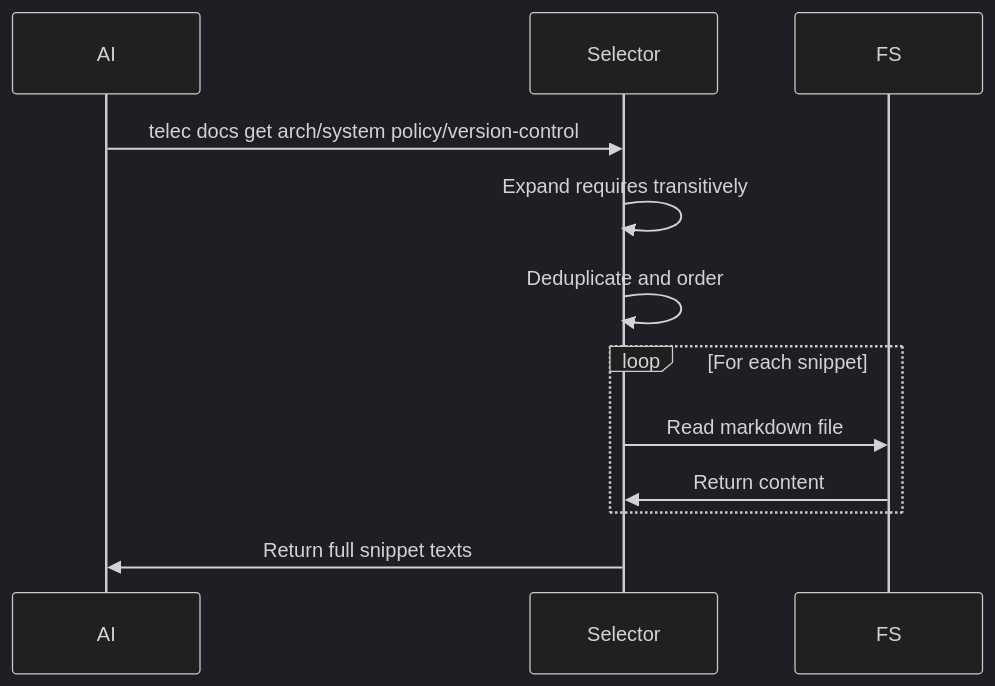
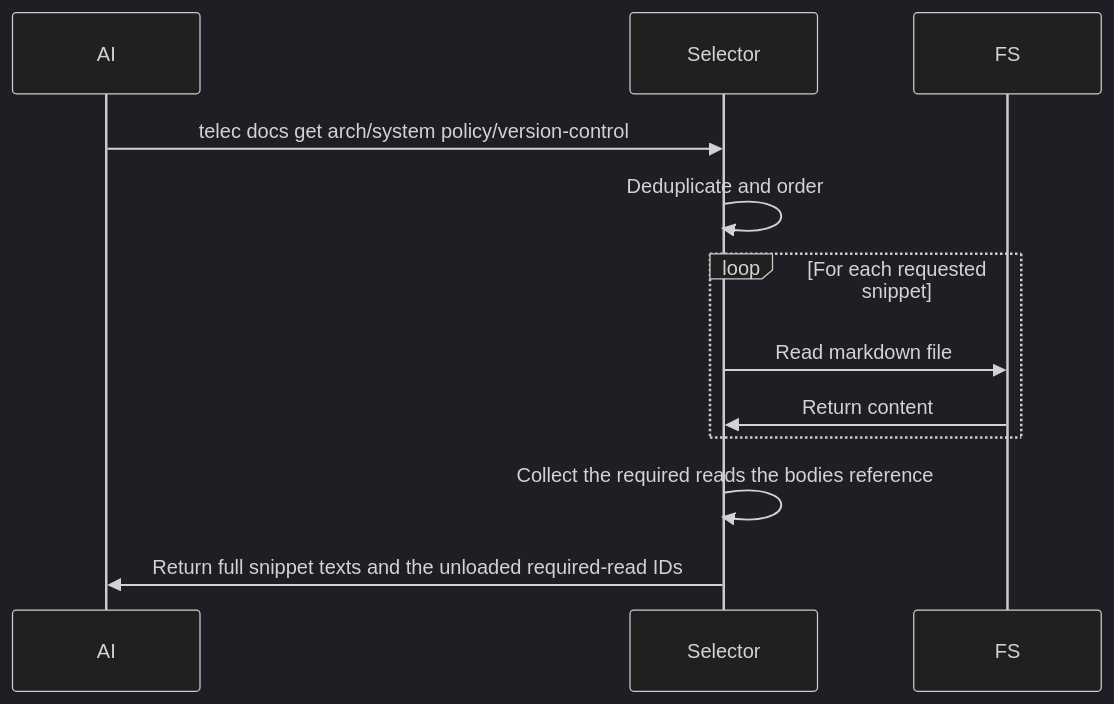
One commit to InstruktAI/TeleClaude changed the third of 3 diagrams in docs/project/design/architecture/context-selection.md. Above: the diagram before and after it, drawn with Mermaid (dark theme). The commit also changed other lines of this file and 3 other files, not shown here.

````diff
--- a/docs/project/design/architecture/context-selection.md
+++ b/docs/project/design/architecture/context-selection.md
@@ -91,15 +97,15 @@
 ```mermaid
 sequenceDiagram
     participant AI
     participant Selector
     participant FS
 
     AI->>Selector: telec docs get arch/system policy/version-control
-    Selector->>Selector: Expand requires transitively
     Selector->>Selector: Deduplicate and order
-    loop For each snippet
+    loop For each requested snippet
         Selector->>FS: Read markdown file
         FS->>Selector: Return content
     end
-    Selector->>AI: Return full snippet texts
+    Selector->>Selector: Collect the required reads the bodies reference
+    Selector->>AI: Return full snippet texts and the unloaded required-read IDs
 ```
````
